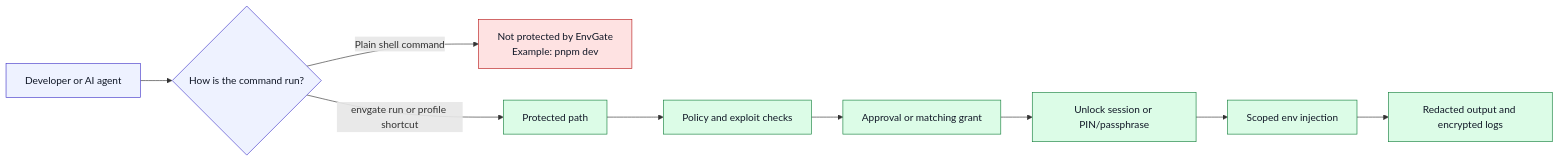
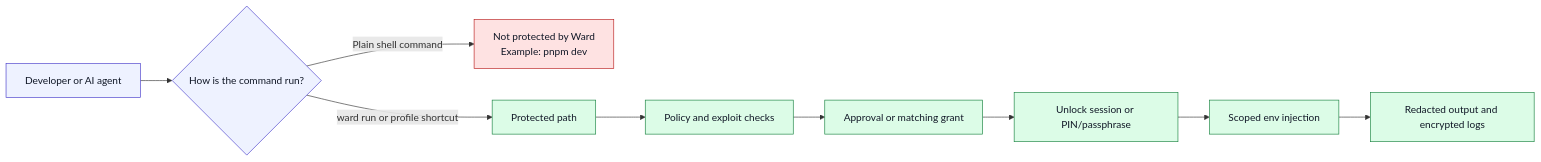
Before and after one commit to web3-claw/aiward: the first of 9 diagrams in docs/infographics.md, drawn with Mermaid. The commit also changed other lines of this file and 30 other files, not shown here.

First line of the commit message:
refactor: rename envgate → ward across entire codebase

````diff
--- a/docs/infographics.md
+++ b/docs/infographics.md
@@ -15,18 +15,18 @@
 ```mermaid
 flowchart LR
     A["Developer or AI agent"] --> B{"How is the command run?"}
-    B -->|"Plain shell command"| C["Not protected by EnvGate<br/>Example: pnpm dev"]
-    B -->|"envgate run or profile shortcut"| D["Protected path"]
+    B -->|"Plain shell command"| C["Not protected by Ward<br/>Example: pnpm dev"]
+    B -->|"ward run or profile shortcut"| D["Protected path"]
     D --> E["Policy and exploit checks"]
     E --> F["Approval or matching grant"]
     F --> G["Unlock session or PIN/passphrase"]
     G --> H["Scoped env injection"]
     H --> I["Redacted output and encrypted logs"]
 
     classDef danger fill:#fee2e2,stroke:#b91c1c,color:#111827;
     classDef safe fill:#dcfce7,stroke:#15803d,color:#111827;
     classDef neutral fill:#eef2ff,stroke:#4338ca,color:#111827;
     class C danger;
     class D,E,F,G,H,I safe;
     class A,B neutral;
 ```
````
